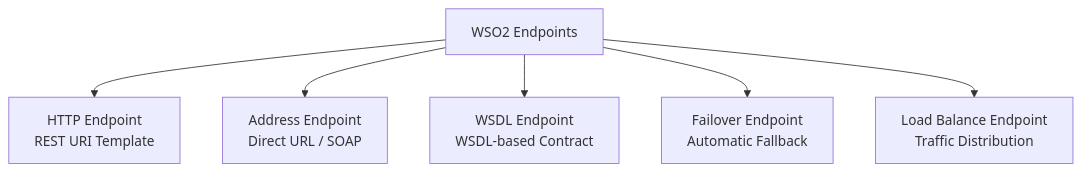
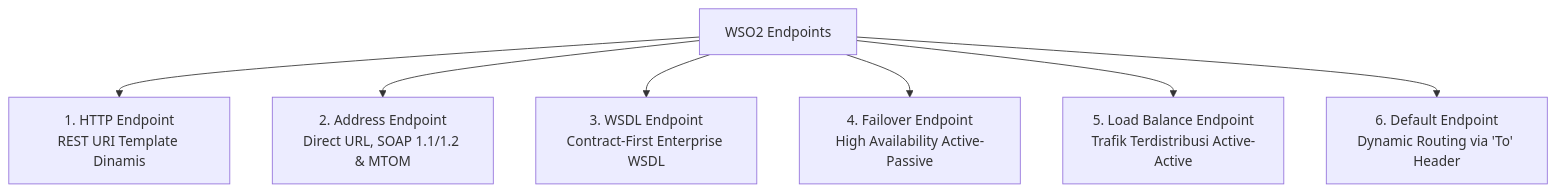
Before and after one commit to jovancamorris/assa-learn-tech: the first of 3 diagrams in materi/wso2/03_transformation_dan_endpoint.md, drawn with Mermaid. The commit also changed other lines of this file, not shown here.

Commit message:
docs: add WSO2 MI data transformation and endpoint management module content

````diff
--- a/materi/wso2/03_transformation_dan_endpoint.md
+++ b/materi/wso2/03_transformation_dan_endpoint.md
@@ -110,9 +112,10 @@
 ```mermaid
 graph TD
     EP["WSO2 Endpoints"]
-    EP --> HTTP["HTTP Endpoint<br/>REST URI Template"]
-    EP --> Address["Address Endpoint<br/>Direct URL / SOAP"]
-    EP --> WSDL["WSDL Endpoint<br/>WSDL-based Contract"]
-    EP --> Failover["Failover Endpoint<br/>Automatic Fallback"]
-    EP --> LoadBalance["Load Balance Endpoint<br/>Traffic Distribution"]
+    EP --> HTTP["1. HTTP Endpoint<br/>REST URI Template Dinamis"]
+    EP --> Address["2. Address Endpoint<br/>Direct URL, SOAP 1.1/1.2 & MTOM"]
+    EP --> WSDL["3. WSDL Endpoint<br/>Contract-First Enterprise WSDL"]
+    EP --> Failover["4. Failover Endpoint<br/>High Availability Active-Passive"]
+    EP --> LoadBalance["5. Load Balance Endpoint<br/>Trafik Terdistribusi Active-Active"]
+    EP --> Default["6. Default Endpoint<br/>Dynamic Routing via 'To' Header"]
 ```
````
